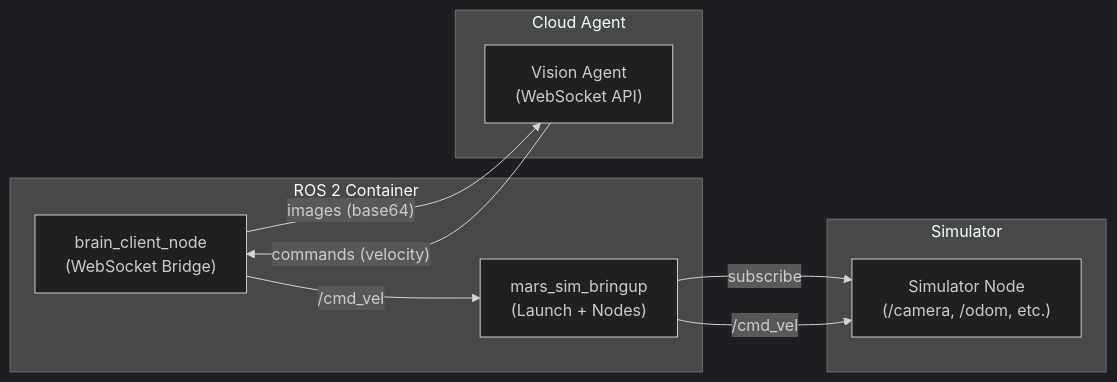
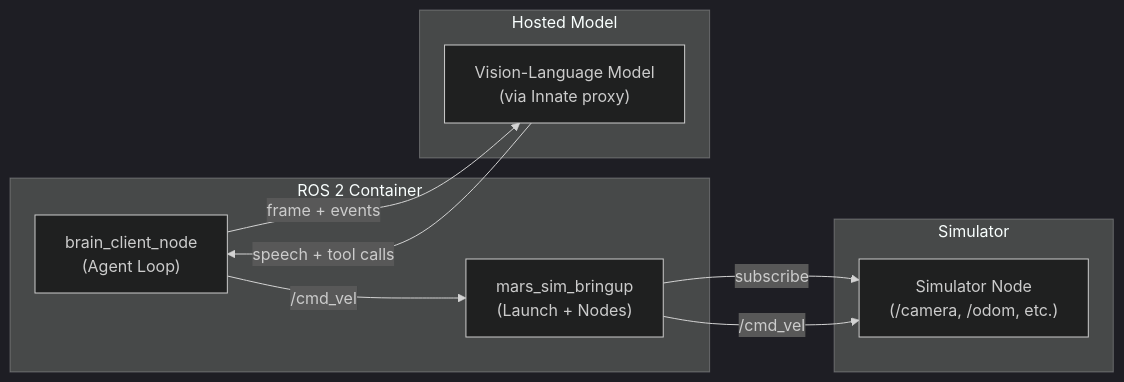
One commit to Hcoder10/innate-os changed the first of 2 diagrams in docs/SYSTEM_OVERVIEW.md. Above: the diagram before and after it, drawn with Mermaid (dark theme). The commit also changed other lines of this file and 3 other files, not shown here.

````diff
--- a/docs/SYSTEM_OVERVIEW.md
+++ b/docs/SYSTEM_OVERVIEW.md
@@ -127,25 +120,25 @@
 ```mermaid
 flowchart LR
     subgraph "Simulator"
         A["Simulator Node
         (/camera, /odom, etc.)"]
     end
 
     subgraph "ROS 2 Container"
         B["mars_sim_bringup
         (Launch + Nodes)"]
         C["brain_client_node
-        (WebSocket Bridge)"]
+        (Agent Loop)"]
         B -->|subscribe| A
         B -->|/cmd_vel| A
         C -->|/cmd_vel| B
     end
     
-    subgraph "Cloud Agent"
-        D["Vision Agent
-        (WebSocket API)"]
+    subgraph "Hosted Model"
+        D["Vision-Language Model
+        (via Innate proxy)"]
     end
 
-    C -->|"images (base64)"| D
-    D -->|"commands (velocity)"| C
+    C -->|"frame + events"| D
+    D -->|"speech + tool calls"| C
 ```
````
